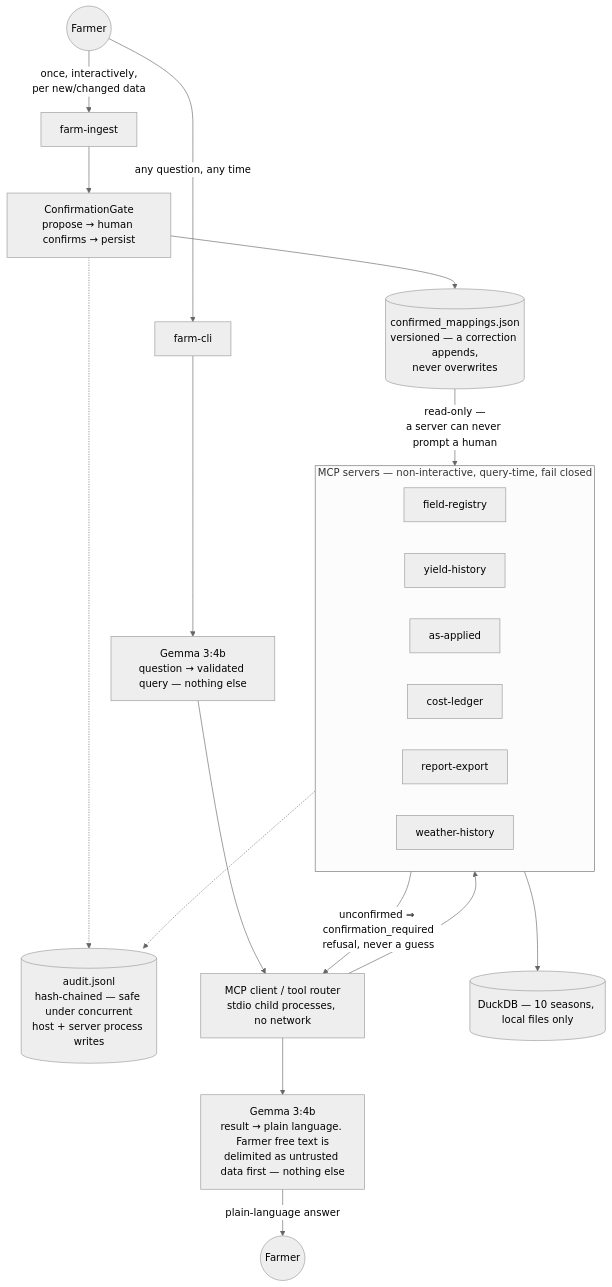
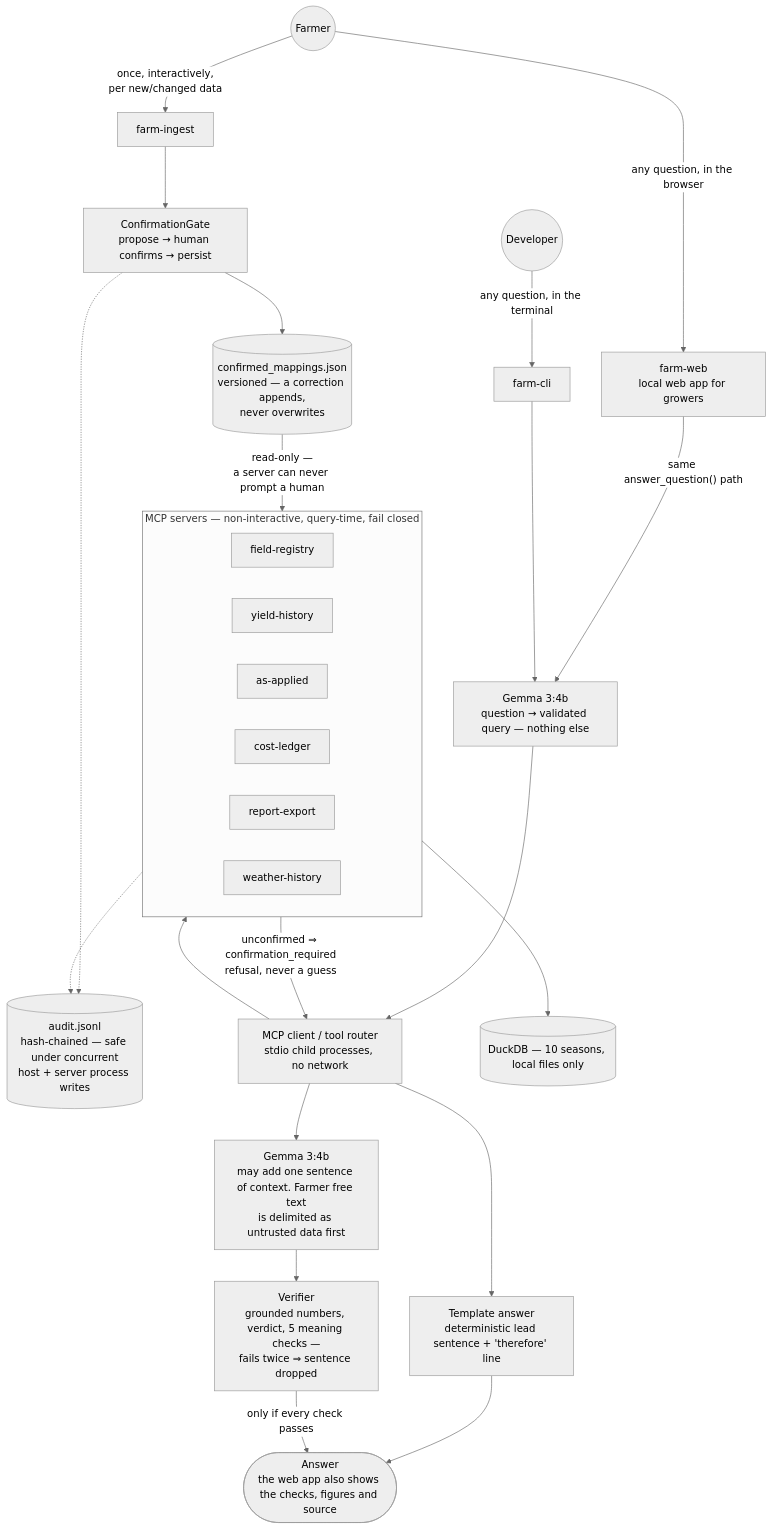
One commit to lynnlangit/precision-farm-mcp changed the diagram in docs/ARCHITECTURE.md. Above: the diagram before and after it, drawn with Mermaid (neutral theme). The commit also changed other lines of this file and 5 other files, not shown here.

First line of the commit message:
Docs: lead with the grower web app, move verification to its own page

````diff
--- a/docs/ARCHITECTURE.md
+++ b/docs/ARCHITECTURE.md
@@ -6,32 +6,37 @@
 ```mermaid
 flowchart TD
     Farmer(("Farmer"))
 
     Farmer -->|"once, interactively,<br/>per new/changed data"| Ingest["farm-ingest"]
-    Farmer -->|"any question, any time"| CLI["farm-cli"]
+    Farmer -->|"any question, in the browser"| Web["farm-web<br/>local web app for growers"]
+    Dev(("Developer")) -->|"any question, in the terminal"| CLI["farm-cli"]
 
     Ingest --> Gate["ConfirmationGate<br/>propose → human confirms → persist"]
     Gate --> Store[("confirmed_mappings.json<br/>versioned — a correction appends,<br/>never overwrites")]
     Gate -.-> Audit
 
+    Web -->|"same answer_question() path"| Parser
     CLI --> Parser["Gemma 3:4b<br/>question → validated query — nothing else"]
     Parser --> Router["MCP client / tool router<br/>stdio child processes, no network"]
 
     subgraph Servers["MCP servers — non-interactive, query-time, fail closed"]
         FR["field-registry"]
         YH["yield-history"]
         AA["as-applied"]
         CL2["cost-ledger"]
         RE["report-export"]
         WH["weather-history"]
     end
 
     Router --> Servers
     Store -->|"read-only —<br/>a server can never prompt a human"| Servers
     Servers -->|"unconfirmed ⇒ confirmation_required<br/>refusal, never a guess"| Router
     Servers --> DB[("DuckDB — 10 seasons, local files only")]
     Servers -.-> Audit[("audit.jsonl<br/>hash-chained — safe under concurrent<br/>host + server process writes")]
 
-    Router --> Narrator["Gemma 3:4b<br/>result → plain language. Farmer free text is<br/>delimited as untrusted data first — nothing else"]
-    Narrator -->|"plain-language answer"| Answer(("Farmer"))
+    Router --> Template["Template answer<br/>deterministic lead sentence + 'therefore' line"]
+    Router --> Narrator["Gemma 3:4b<br/>may add one sentence of context. Farmer free text<br/>is delimited as untrusted data first"]
+    Narrator --> Checks["Verifier<br/>grounded numbers, verdict, 5 meaning checks —<br/>fails twice ⇒ sentence dropped"]
+    Template --> Answer(["Answer<br/>the web app also shows the checks, figures and source"])
+    Checks -->|"only if every check passes"| Answer
 ```
````
